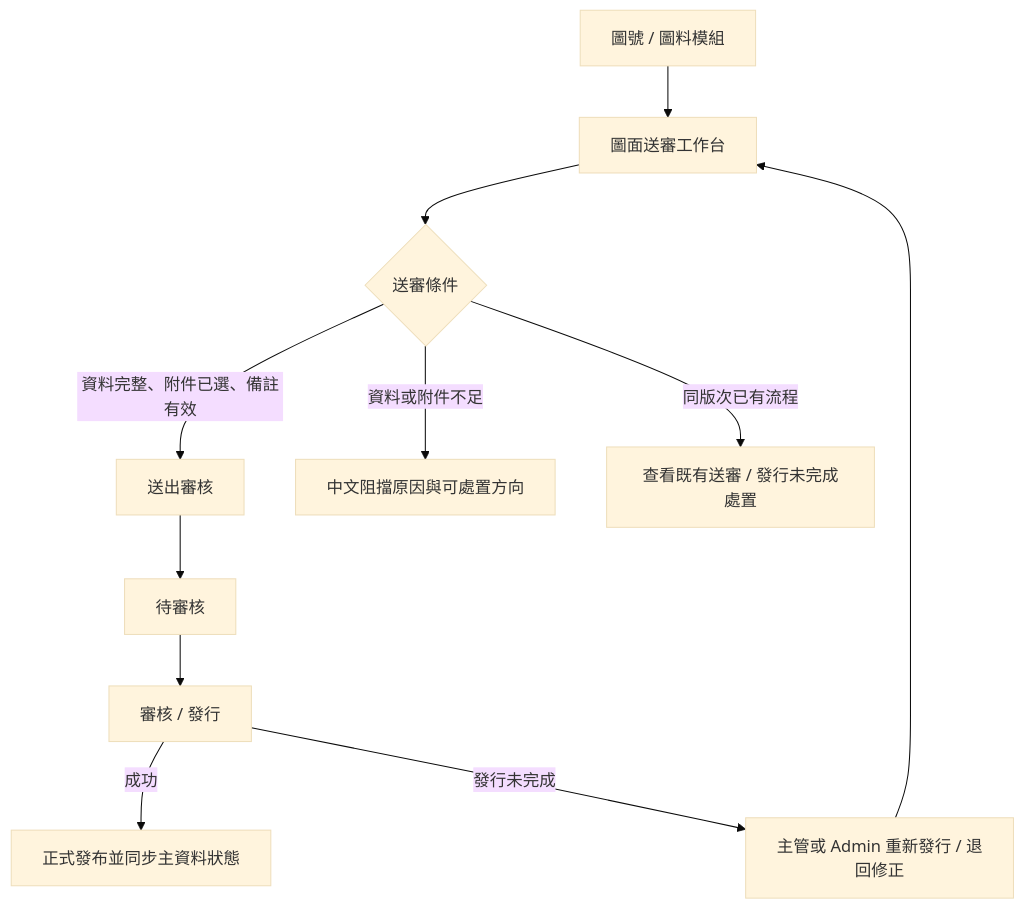
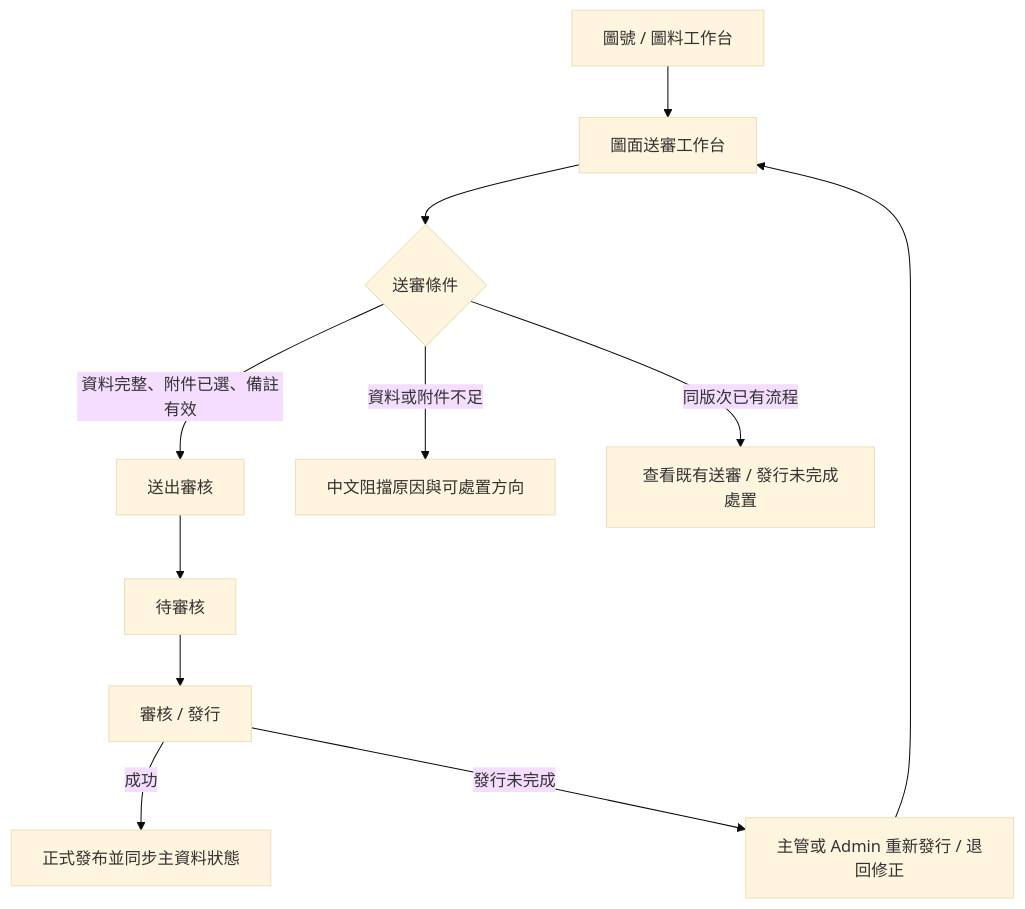
Before and after one commit to jedchang0308-jenfu/AI-PDM: the diagram in .ai-doc/qa/qa-pdm-drawing-submission-ui-real-operation-validation-plan-2026-07-02.md, drawn with Mermaid (base theme). The commit also changed other lines of this file and 6202 other files, not shown here.

````diff
--- a/.ai-doc/qa/qa-pdm-drawing-submission-ui-real-operation-validation-plan-2026-07-02.md
+++ b/.ai-doc/qa/qa-pdm-drawing-submission-ui-real-operation-validation-plan-2026-07-02.md
@@ -109,13 +109,13 @@
 ```mermaid
 flowchart TD
-  A["圖號 / 圖料模組"] --> B["圖面送審工作台"]
+  A["圖號 / 圖料工作台"] --> B["圖面送審工作台"]
   B --> C{"送審條件"}
   C -->|資料完整、附件已選、備註有效| D["送出審核"]
   C -->|資料或附件不足| E["中文阻擋原因與可處置方向"]
   C -->|同版次已有流程| F["查看既有送審 / 發行未完成處置"]
   D --> G["待審核"]
   G --> H["審核 / 發行"]
   H -->|成功| I["正式發布並同步主資料狀態"]
   H -->|發行未完成| J["主管或 Admin 重新發行 / 退回修正"]
   J --> B
 ```
````
